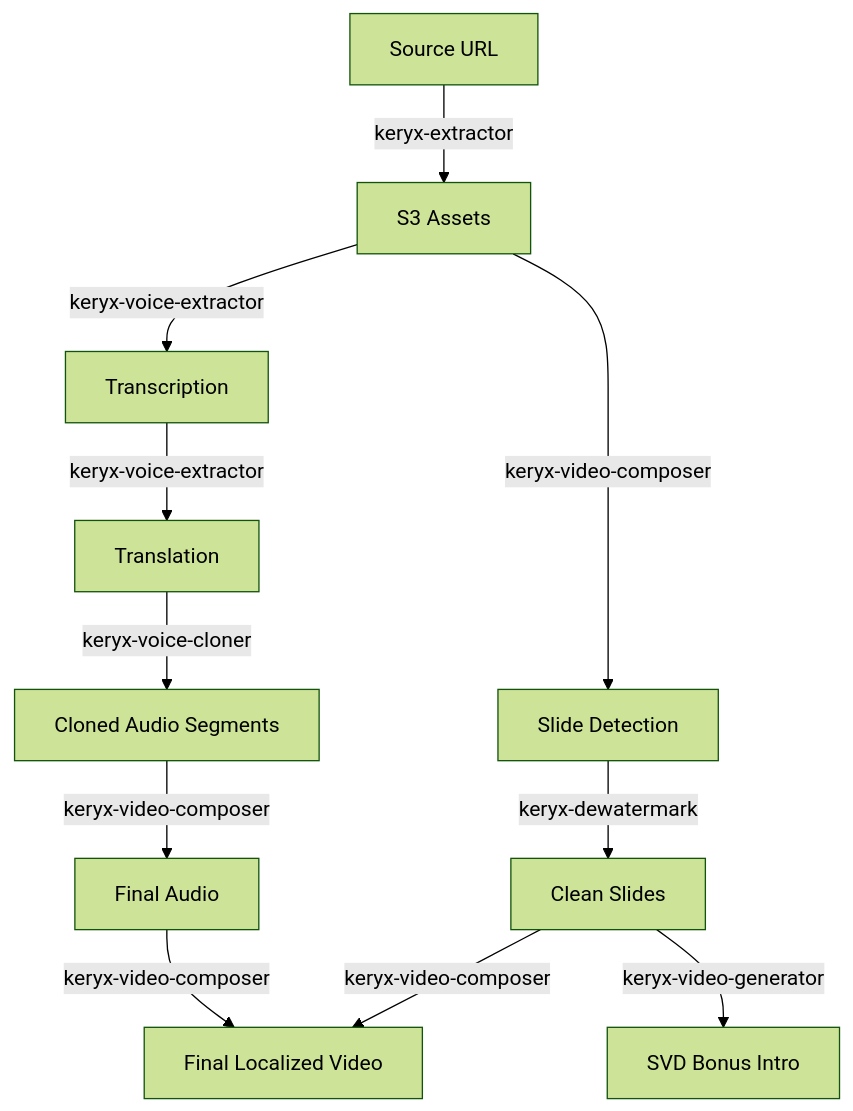
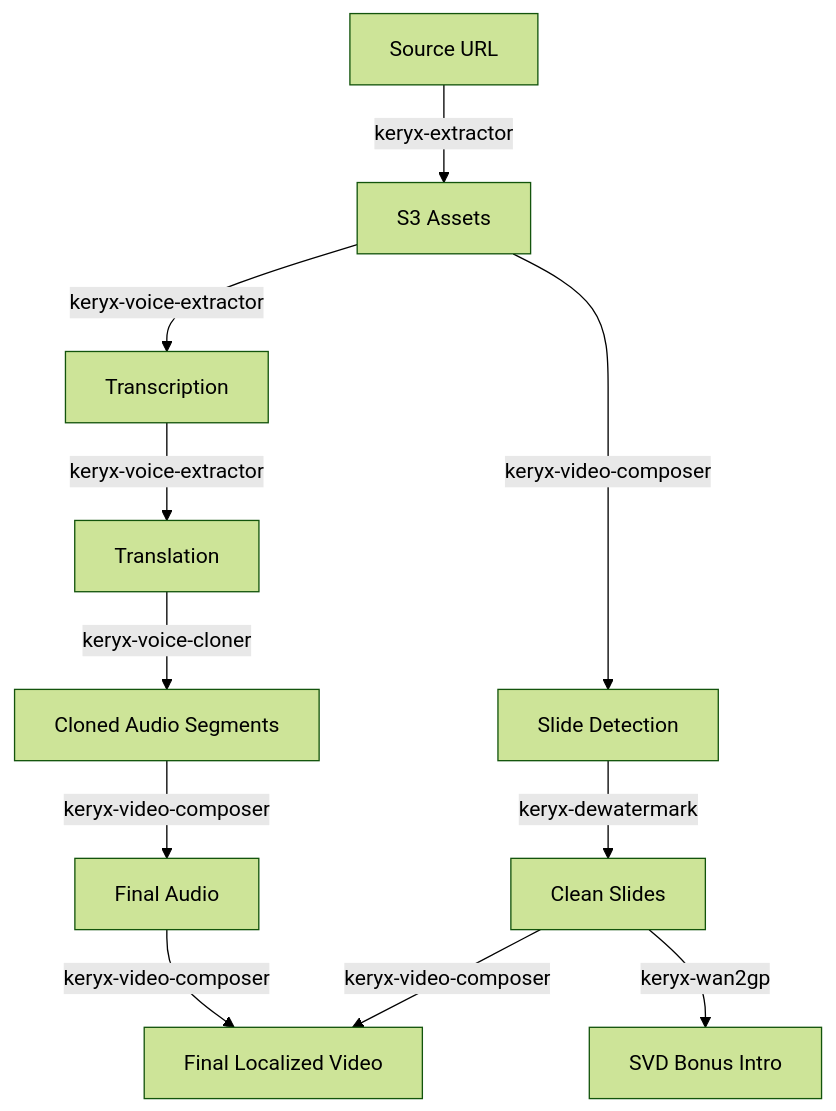
One commit to JZacharie/Keryx changed the diagram in README.md. Above: the diagram before and after it, drawn with Mermaid (forest theme). The commit also changed other lines of this file and 3 other files, not shown here.

Commit message:
refactor: rename keryx-video-generator service to keryx-wan2gp across orchestrator, worker, and documentation

````diff
--- a/README.md
+++ b/README.md
@@ -85,12 +85,12 @@
 ```mermaid
 graph TD
     A[Source URL] -->|keryx-extractor| B[S3 Assets]
     B -->|keryx-voice-extractor| C[Transcription]
     B -->|keryx-video-composer| D[Slide Detection]
     D -->|keryx-dewatermark| E[Clean Slides]
     C -->|keryx-voice-extractor| F[Translation]
     F -->|keryx-voice-cloner| G[Cloned Audio Segments]
     G -->|keryx-video-composer| H[Final Audio]
     H & E -->|keryx-video-composer| I[Final Localized Video]
-    E -->|keryx-video-generator| J[SVD Bonus Intro]
+    E -->|keryx-wan2gp| J[SVD Bonus Intro]
 ```
````
